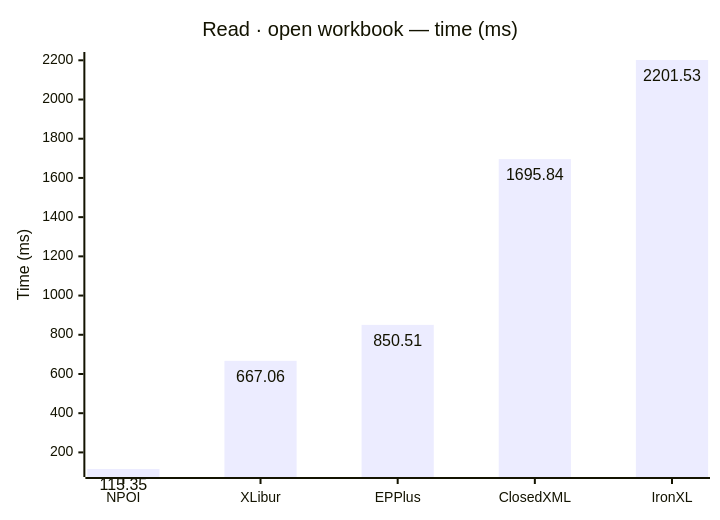
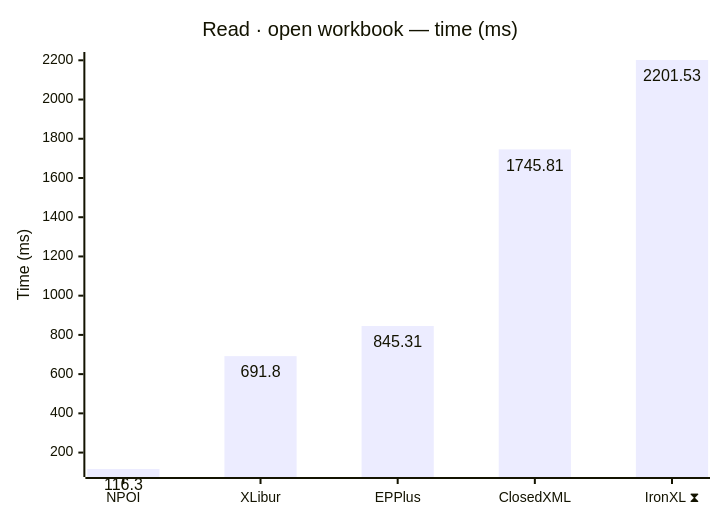
Before and after one commit to jafin/XLBench: the first of 10 diagrams in docs/results.md, drawn with Mermaid. The commit also changed other lines of this file and 2 other files, not shown here.

First line of the commit message:
docs: refresh benchmark results on XLibur 0.300.0

````diff
--- a/docs/results.md
+++ b/docs/results.md
@@ -35,12 +39,12 @@
 ```mermaid
 ---
 config:
   xyChart:
     showDataLabel: true
 ---
 xychart-beta
     title "Read · open workbook — time (ms)"
-    x-axis ["NPOI", "XLibur", "EPPlus", "ClosedXML", "IronXL"]
+    x-axis ["NPOI", "XLibur", "EPPlus", "ClosedXML", "IronXL ⧗"]
     y-axis "Time (ms)"
-    bar [115.35, 667.06, 850.51, 1695.84, 2201.53]
+    bar [116.3, 691.8, 845.31, 1745.81, 2201.53]
 ```
````
